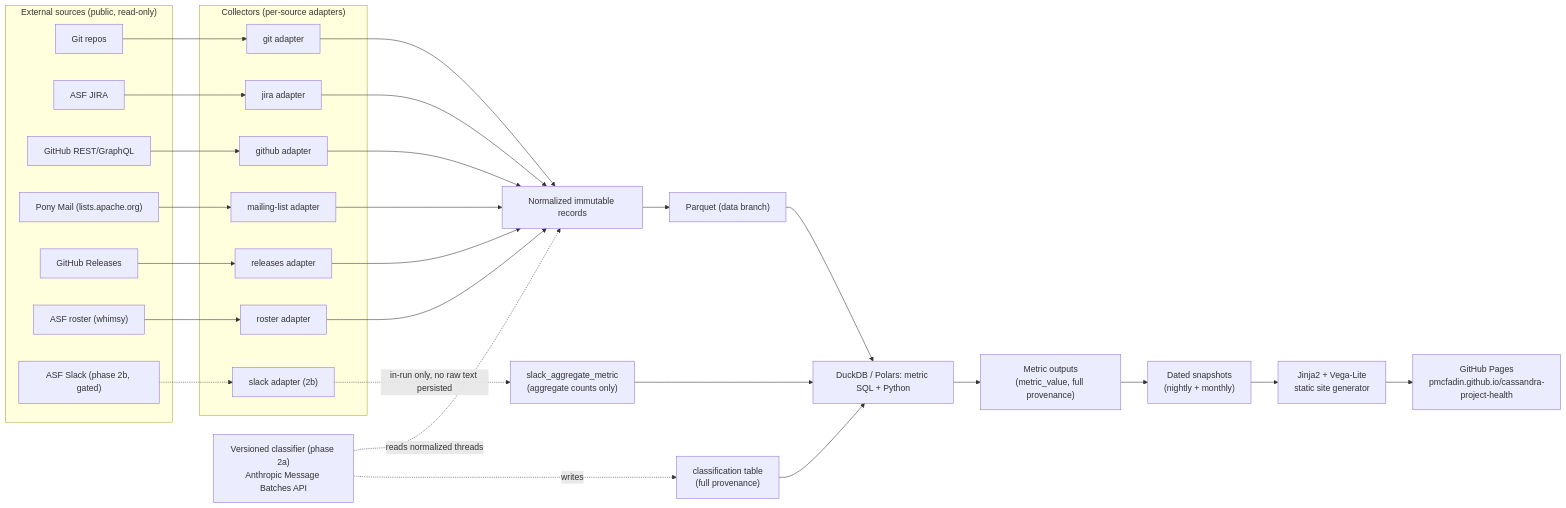
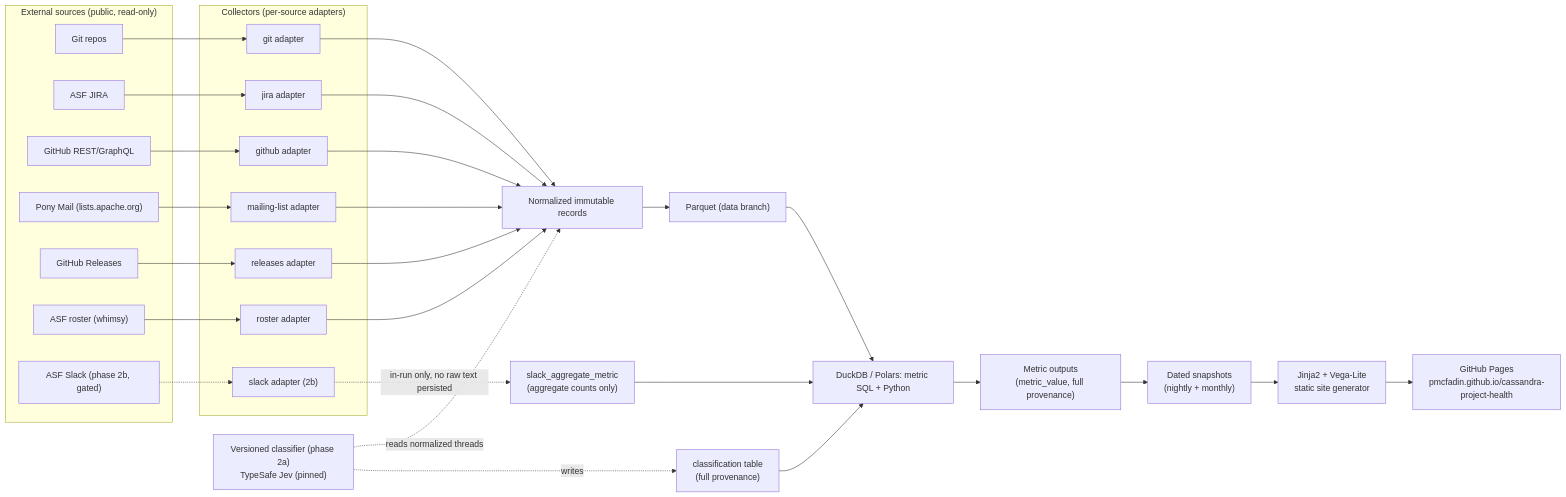
One commit to pmcfadin/cassandra-project-health changed the diagram in docs/spec/ARCHITECTURE.md. Above: the diagram before and after it, drawn with Mermaid. The commit also changed other lines of this file, not shown here.

Commit message:
docs: replace remaining Anthropic classifier references with TypeSafe Jev (D17)

````diff
--- a/docs/spec/ARCHITECTURE.md
+++ b/docs/spec/ARCHITECTURE.md
@@ -19,51 +19,51 @@
 ```mermaid
 flowchart LR
     subgraph Sources["External sources (public, read-only)"]
         GIT[Git repos]
         JIRA[ASF JIRA]
         GH[GitHub REST/GraphQL]
         PM["Pony Mail (lists.apache.org)"]
         REL[GitHub Releases]
         ROS["ASF roster (whimsy)"]
         SLACK["ASF Slack (phase 2b, gated)"]
     end
 
     subgraph Collect["Collectors (per-source adapters)"]
         CGIT[git adapter]
         CJIRA[jira adapter]
         CGH[github adapter]
         CPM[mailing-list adapter]
         CREL[releases adapter]
         CROS[roster adapter]
         CSLACK["slack adapter (2b)"]
     end
 
     GIT --> CGIT
     JIRA --> CJIRA
     GH --> CGH
     PM --> CPM
     REL --> CREL
     ROS --> CROS
     SLACK -.-> CSLACK
 
     CGIT --> NORM[Normalized immutable records]
     CJIRA --> NORM
     CGH --> NORM
     CPM --> NORM
     CREL --> NORM
     CROS --> NORM
 
     NORM --> PARQUET["Parquet (data branch)"]
     PARQUET --> DUCKDB["DuckDB / Polars: metric SQL + Python"]
 
-    CLASS["Versioned classifier (phase 2a)\nAnthropic Message Batches API"] -. reads normalized threads .-> NORM
+    CLASS["Versioned classifier (phase 2a)\nTypeSafe Jev (pinned)"] -. reads normalized threads .-> NORM
     CLASS -. writes .-> CLASSTBL["classification table\n(full provenance)"]
     CLASSTBL --> DUCKDB
     CSLACK -. in-run only, no raw text persisted .-> SLACKAGG["slack_aggregate_metric\n(aggregate counts only)"]
     SLACKAGG --> DUCKDB
 
     DUCKDB --> METRICS["Metric outputs\n(metric_value, full provenance)"]
     METRICS --> SNAP["Dated snapshots\n(nightly + monthly)"]
     SNAP --> SITEGEN["Jinja2 + Vega-Lite\nstatic site generator"]
     SITEGEN --> PAGES["GitHub Pages\npmcfadin.github.io/cassandra-project-health"]
 ```
````
